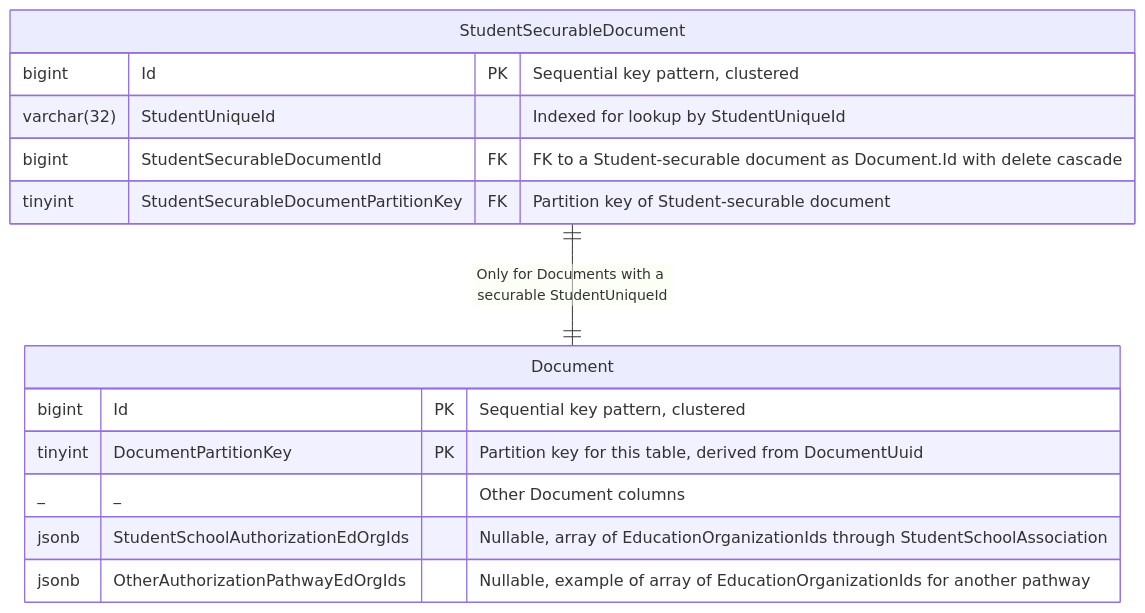
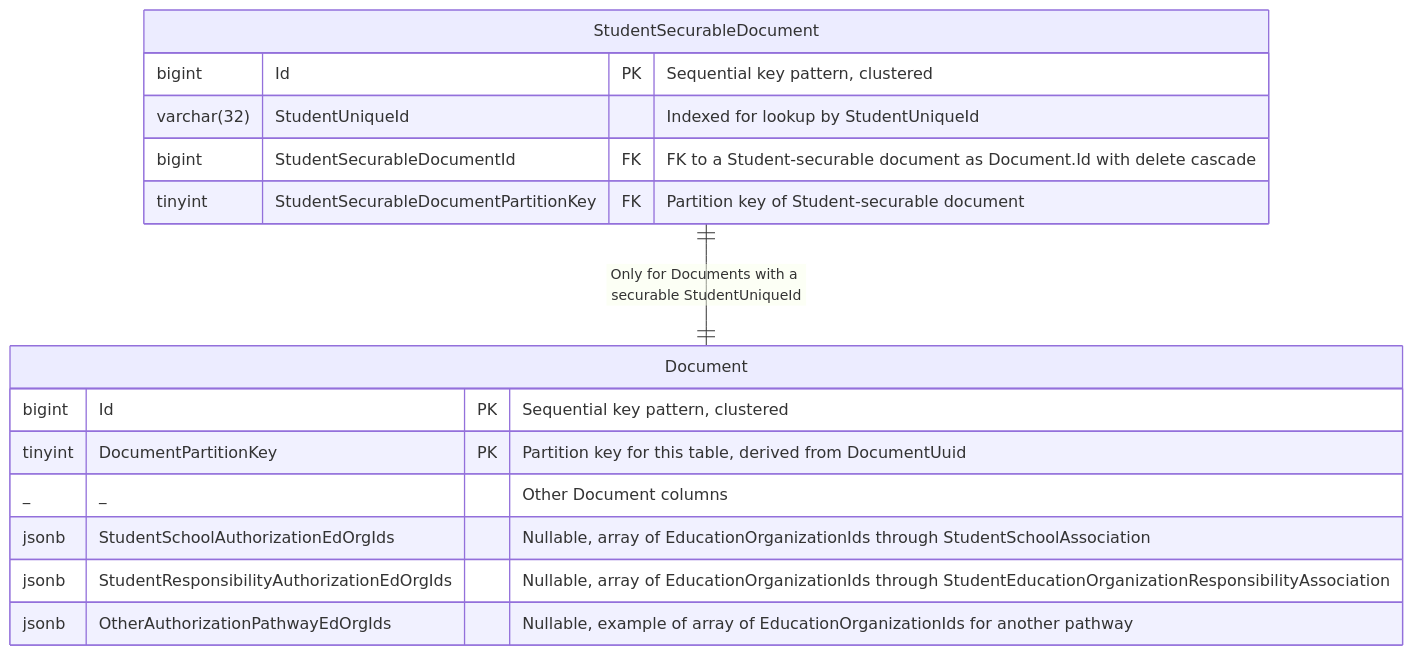
Before and after one commit to Ed-Fi-Alliance-OSS/Project-Tanager: the third of 3 diagrams in docs/DMS/AUTHORIZATION/DOCUMENT-AUTHORIZATION/STUDENT-EDORG-AUTHORIZATION.md, drawn with Mermaid. The commit also changed other lines of this file, not shown here.

First line of the commit message:
[DMS-761] Add StudentEdOrgResponsibility Authorization Pathway (#61)

````diff
--- a/docs/DMS/AUTHORIZATION/DOCUMENT-AUTHORIZATION/STUDENT-EDORG-AUTHORIZATION.md
+++ b/docs/DMS/AUTHORIZATION/DOCUMENT-AUTHORIZATION/STUDENT-EDORG-AUTHORIZATION.md
@@ -58,18 +83,19 @@
 ```mermaid
 erDiagram
     StudentSecurableDocument ||--|| Document : "Only for Documents with a securable StudentUniqueId"
 
     Document {
         bigint Id PK "Sequential key pattern, clustered"
         tinyint DocumentPartitionKey PK "Partition key for this table, derived from DocumentUuid"
         _ _ "Other Document columns"
         jsonb StudentSchoolAuthorizationEdOrgIds "Nullable, array of EducationOrganizationIds through StudentSchoolAssociation"
+        jsonb StudentResponsibilityAuthorizationEdOrgIds "Nullable, array of EducationOrganizationIds through StudentEducationOrganizationResponsibilityAssociation"
         jsonb OtherAuthorizationPathwayEdOrgIds "Nullable, example of array of EducationOrganizationIds for another pathway"
     }
     StudentSecurableDocument {
         bigint Id PK "Sequential key pattern, clustered"
         varchar(32) StudentUniqueId "Indexed for lookup by StudentUniqueId"
         bigint StudentSecurableDocumentId FK "FK to a Student-securable document as Document.Id with delete cascade"
         tinyint StudentSecurableDocumentPartitionKey FK "Partition key of Student-securable document"
     }
 ```
````
